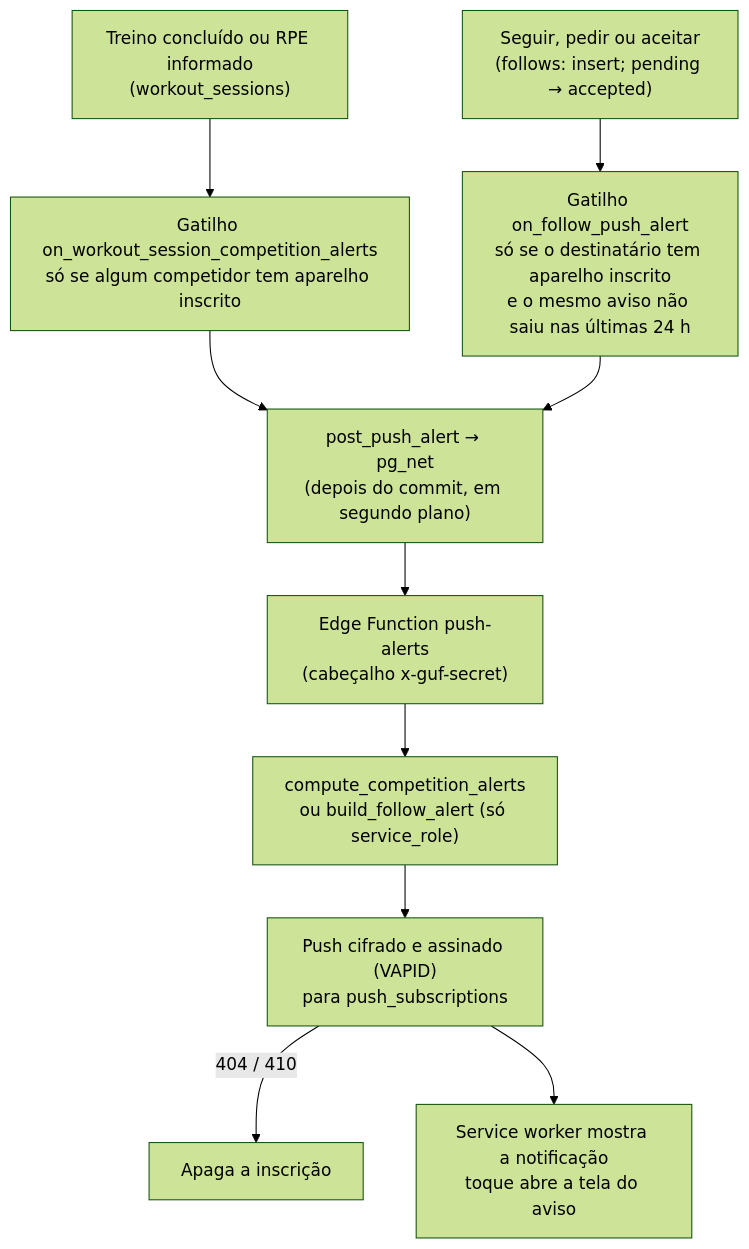
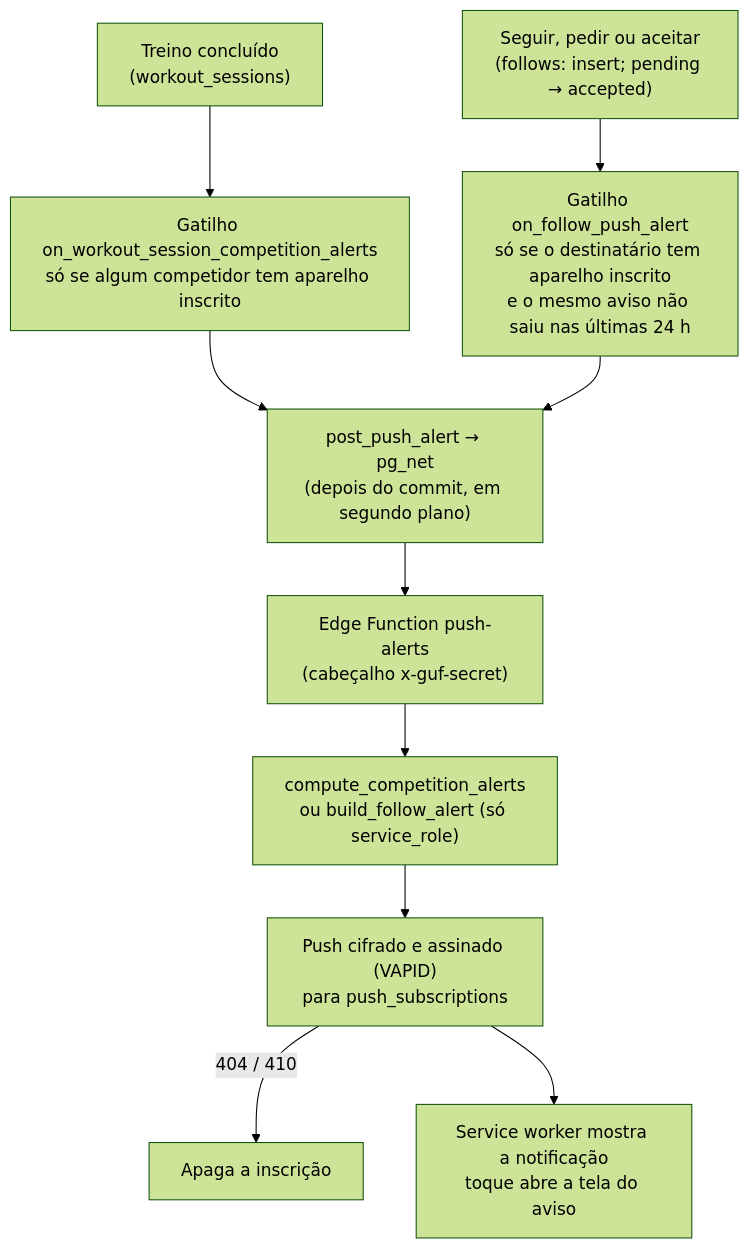
Before and after one commit to glauber2k2/GUF_PWA: the diagram in docs/push-notifications.md, drawn with Mermaid (forest theme). The commit also changed other lines of this file and 21 other files, not shown here.

````diff
--- a/docs/push-notifications.md
+++ b/docs/push-notifications.md
@@ -28,12 +28,12 @@
 ```mermaid
 flowchart TD
-  A["Treino concluído ou RPE informado<br/>(workout_sessions)"] --> G1["Gatilho on_workout_session_competition_alerts<br/>só se algum competidor tem aparelho inscrito"]
+  A["Treino concluído<br/>(workout_sessions)"] --> G1["Gatilho on_workout_session_competition_alerts<br/>só se algum competidor tem aparelho inscrito"]
   B["Seguir, pedir ou aceitar<br/>(follows: insert; pending → accepted)"] --> G2["Gatilho on_follow_push_alert<br/>só se o destinatário tem aparelho inscrito<br/>e o mesmo aviso não saiu nas últimas 24 h"]
   G1 --> P["post_push_alert → pg_net<br/>(depois do commit, em segundo plano)"]
   G2 --> P
   P --> F["Edge Function push-alerts<br/>(cabeçalho x-guf-secret)"]
   F --> C["compute_competition_alerts<br/>ou build_follow_alert (só service_role)"]
   C --> W["Push cifrado e assinado (VAPID)<br/>para push_subscriptions"]
   W -->|404 / 410| D["Apaga a inscrição"]
   W --> S["Service worker mostra a notificação<br/>toque abre a tela do aviso"]
 ```
````
